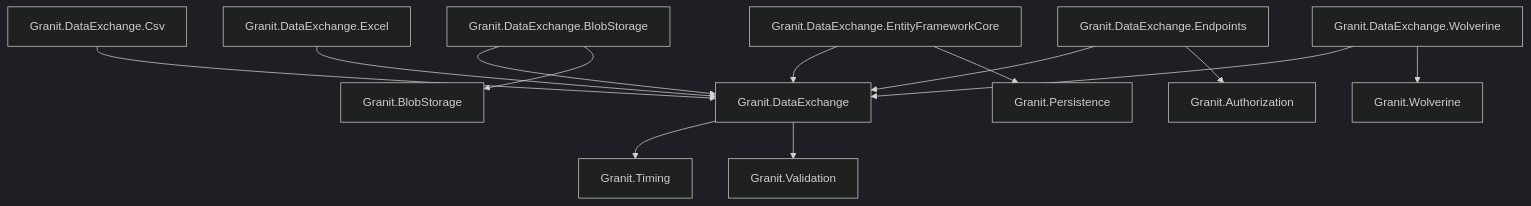
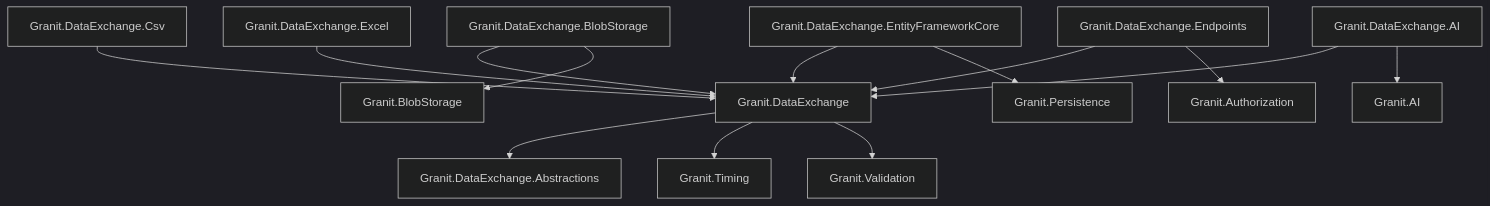
Before and after one commit to granit-fx/granit-docs: the first of 4 diagrams in src/content/docs/dotnet/building-blocks/data-exchange.mdx, drawn with Mermaid (dark theme). The commit also changed other lines of this file and 28 other files, not shown here.

````diff
--- a/src/content/docs/dotnet/building-blocks/data-exchange.mdx
+++ b/src/content/docs/dotnet/building-blocks/data-exchange.mdx
@@ -44,15 +45,17 @@
 ```mermaid
 graph TD
-    DX[Granit.DataExchange] --> T[Granit.Timing]
+    DXA[Granit.DataExchange.Abstractions]
+    DX[Granit.DataExchange] --> DXA
+    DX --> T[Granit.Timing]
     DX --> V[Granit.Validation]
     BS[Granit.DataExchange.BlobStorage] --> DX
     BS --> B[Granit.BlobStorage]
     CSV[Granit.DataExchange.Csv] --> DX
     XLS[Granit.DataExchange.Excel] --> DX
     EF[Granit.DataExchange.EntityFrameworkCore] --> DX
     EF --> P[Granit.Persistence]
     EP[Granit.DataExchange.Endpoints] --> DX
     EP --> A[Granit.Authorization]
-    WV[Granit.DataExchange.Wolverine] --> DX
-    WV --> W[Granit.Wolverine]
+    AI[Granit.DataExchange.AI] --> DX
+    AI --> AIROOT[Granit.AI]
 ```
````
